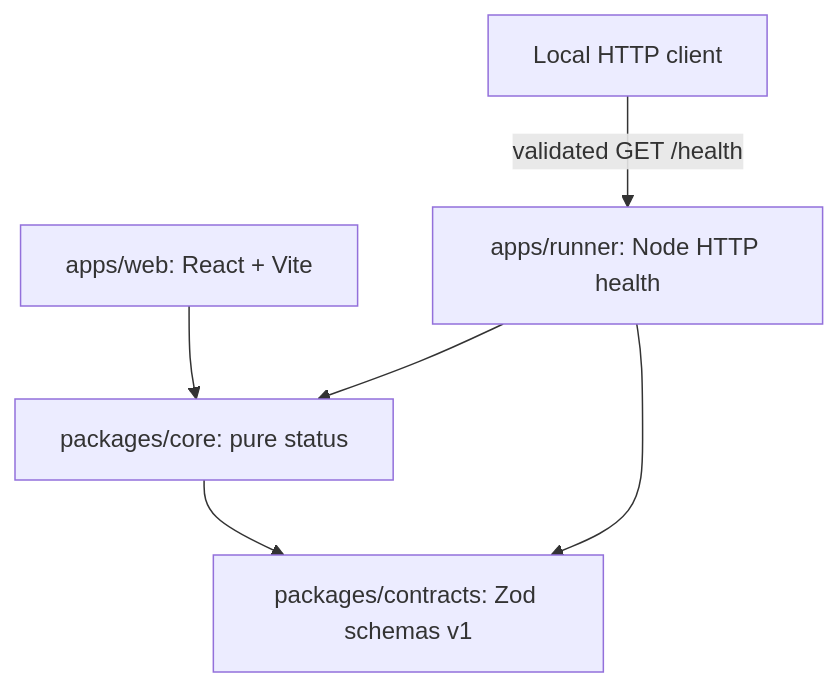
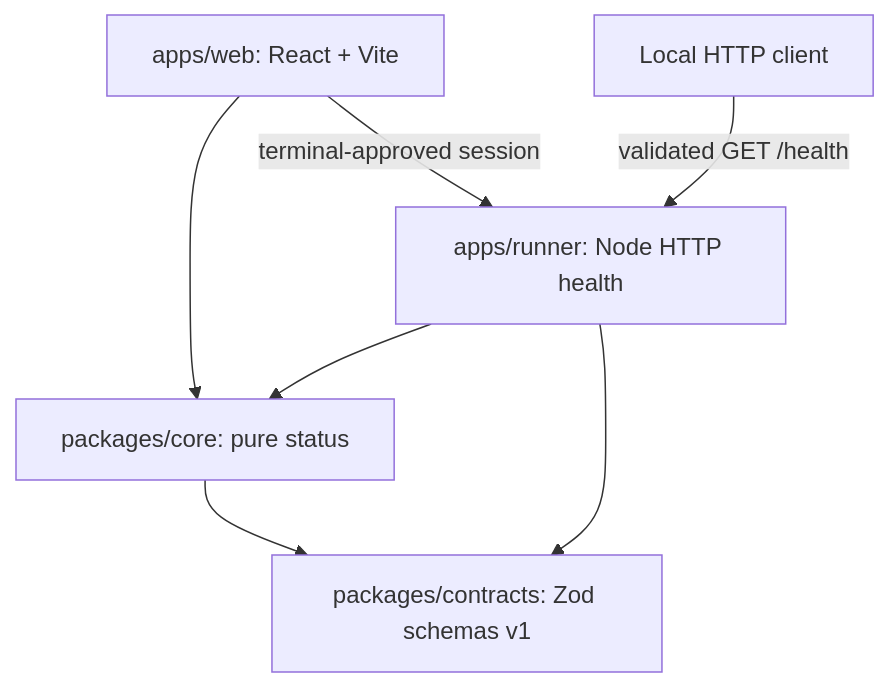
One commit to Bekzhanizb/OrbiGuild changed the first of 2 diagrams in docs/ARCHITECTURE.md. Above: the diagram before and after it, drawn with Mermaid. The commit also changed other lines of this file and 32 other files, not shown here.

````diff
--- a/docs/ARCHITECTURE.md
+++ b/docs/ARCHITECTURE.md
@@ -13,8 +14,9 @@
 ```mermaid
 flowchart TD
   Web[apps/web: React + Vite] --> Core[packages/core: pure status]
   Core --> Contracts[packages/contracts: Zod schemas v1]
   Runner[apps/runner: Node HTTP health] --> Core
   Runner --> Contracts
+  Web -->|terminal-approved session| Runner
   Client[Local HTTP client] -->|validated GET /health| Runner
 ```
````
